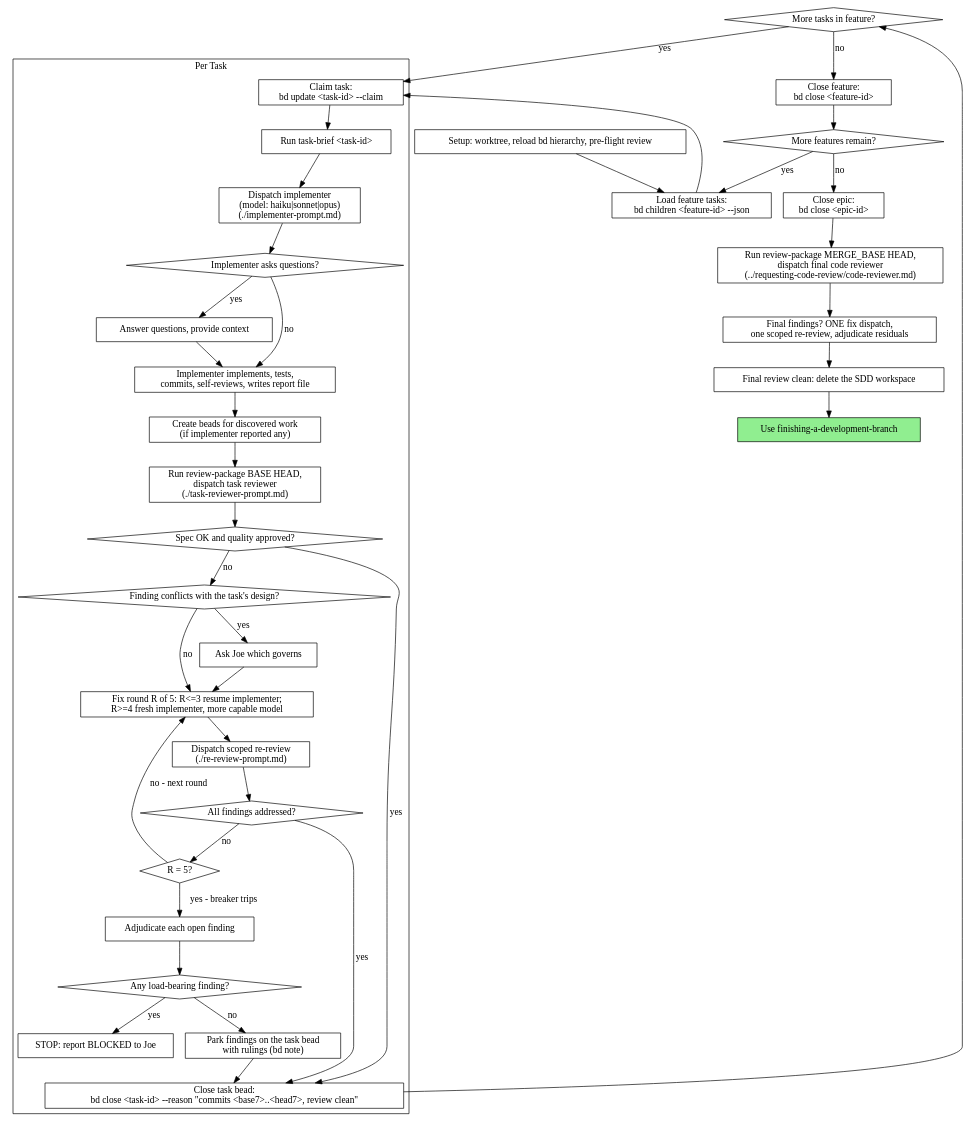
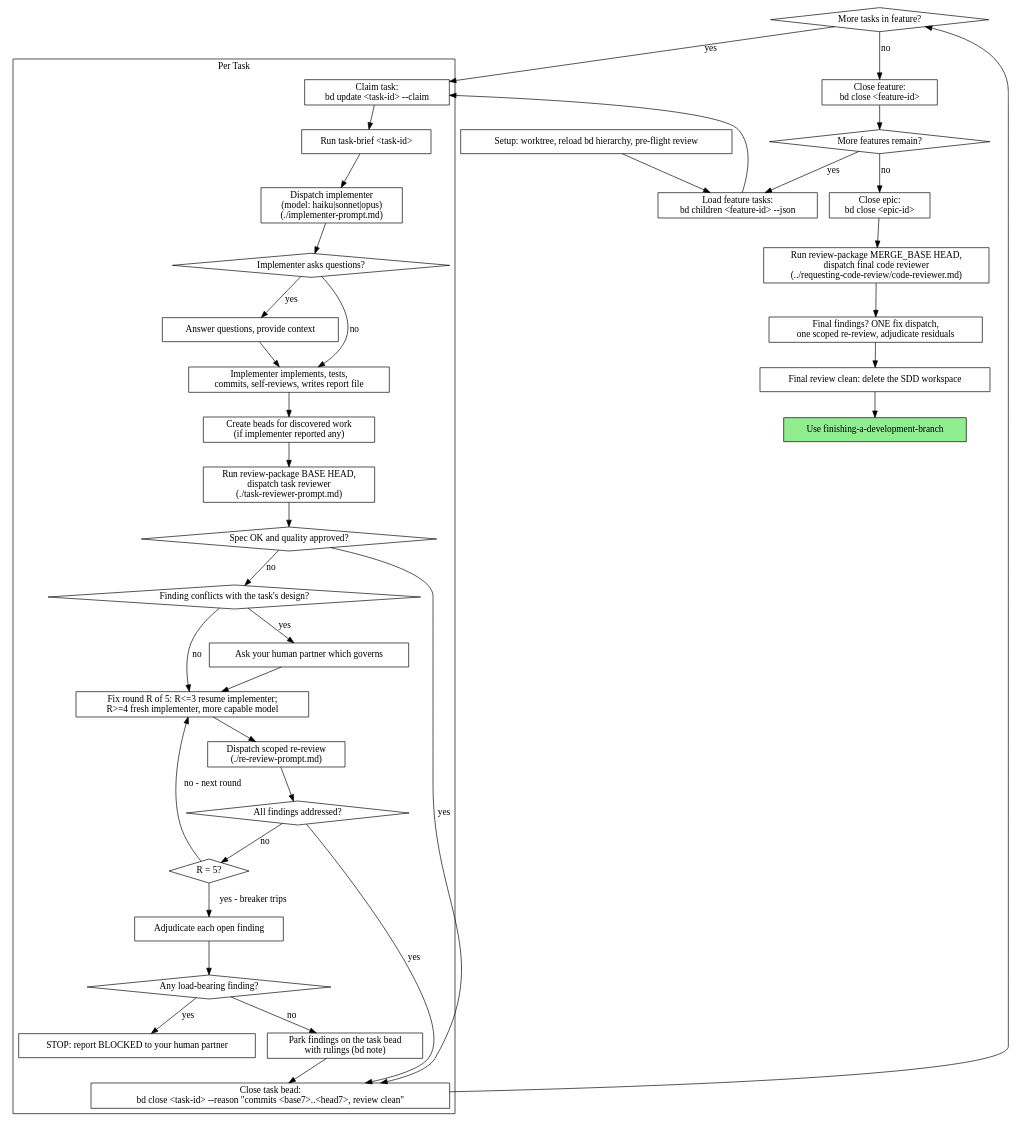
Before and after one commit to jwp23/joe-bag-of-tricks: the second of 2 diagrams in plugins/joe-bag-of-tricks/skills/subagent-driven-development/SKILL.md, drawn with Graphviz. The commit also changed other lines of this file and 5 other files, not shown here.

````diff
--- a/plugins/joe-bag-of-tricks/skills/subagent-driven-development/SKILL.md
+++ b/plugins/joe-bag-of-tricks/skills/subagent-driven-development/SKILL.md
@@ -46,77 +46,77 @@
 ```dot
 digraph process {
     rankdir=TB;
 
     subgraph cluster_per_task {
         label="Per Task";
         "Claim task:\nbd update <task-id> --claim" [shape=box];
         "Run task-brief <task-id>" [shape=box];
         "Dispatch implementer\n(model: haiku|sonnet|opus)\n(./implementer-prompt.md)" [shape=box];
         "Implementer asks questions?" [shape=diamond];
         "Answer questions, provide context" [shape=box];
         "Implementer implements, tests,\ncommits, self-reviews, writes report file" [shape=box];
         "Create beads for discovered work\n(if implementer reported any)" [shape=box];
         "Run review-package BASE HEAD,\ndispatch task reviewer\n(./task-reviewer-prompt.md)" [shape=box];
         "Spec OK and quality approved?" [shape=diamond];
         "Finding conflicts with the task's design?" [shape=diamond];
-        "Ask Joe which governs" [shape=box];
+        "Ask your human partner which governs" [shape=box];
         "Fix round R of 5: R<=3 resume implementer;\nR>=4 fresh implementer, more capable model" [shape=box];
         "Dispatch scoped re-review\n(./re-review-prompt.md)" [shape=box];
         "All findings addressed?" [shape=diamond];
         "R = 5?" [shape=diamond];
         "Adjudicate each open finding" [shape=box];
         "Any load-bearing finding?" [shape=diamond];
-        "STOP: report BLOCKED to Joe" [shape=box];
+        "STOP: report BLOCKED to your human partner" [shape=box];
         "Park findings on the task bead\nwith rulings (bd note)" [shape=box];
         "Close task bead:\nbd close <task-id> --reason \"commits <base7>..<head7>, review clean\"" [shape=box];
     }
 
     "Setup: worktree, reload bd hierarchy, pre-flight review" [shape=box];
     "Load feature tasks:\nbd children <feature-id> --json" [shape=box];
     "More tasks in feature?" [shape=diamond];
     "Close feature:\nbd close <feature-id>" [shape=box];
     "More features remain?" [shape=diamond];
     "Close epic:\nbd close <epic-id>" [shape=box];
     "Run review-package MERGE_BASE HEAD,\ndispatch final code reviewer\n(../requesting-code-review/code-reviewer.md)" [shape=box];
     "Final findings? ONE fix dispatch,\none scoped re-review, adjudicate residuals" [shape=box];
     "Final review clean: delete the SDD workspace" [shape=box];
     "Use finishing-a-development-branch" [shape=box style=filled fillcolor=lightgreen];
 
     "Setup: worktree, reload bd hierarchy, pre-flight review" -> "Load feature tasks:\nbd children <feature-id> --json";
     "Load feature tasks:\nbd children <feature-id> --json" -> "Claim task:\nbd update <task-id> --claim";
     "Claim task:\nbd update <task-id> --claim" -> "Run task-brief <task-id>";
     "Run task-brief <task-id>" -> "Dispatch implementer\n(model: haiku|sonnet|opus)\n(./implementer-prompt.md)";
     "Dispatch implementer\n(model: haiku|sonnet|opus)\n(./implementer-prompt.md)" -> "Implementer asks questions?";
     "Implementer asks questions?" -> "Answer questions, provide context" [label="yes"];
     "Answer questions, provide context" -> "Implementer implements, tests,\ncommits, self-reviews, writes report file";
     "Implementer asks questions?" -> "Implementer implements, tests,\ncommits, self-reviews, writes report file" [label="no"];
     "Implementer implements, tests,\ncommits, self-reviews, writes report file" -> "Create beads for discovered work\n(if implementer reported any)";
     "Create beads for discovered work\n(if implementer reported any)" -> "Run review-package BASE HEAD,\ndispatch task reviewer\n(./task-reviewer-prompt.md)";
     "Run review-package BASE HEAD,\ndispatch task reviewer\n(./task-reviewer-prompt.md)" -> "Spec OK and quality approved?";
     "Spec OK and quality approved?" -> "Close task bead:\nbd close <task-id> --reason \"commits <base7>..<head7>, review clean\"" [label="yes"];
     "Spec OK and quality approved?" -> "Finding conflicts with the task's design?" [label="no"];
-    "Finding conflicts with the task's design?" -> "Ask Joe which governs" [label="yes"];
-    "Ask Joe which governs" -> "Fix round R of 5: R<=3 resume implementer;\nR>=4 fresh implementer, more capable model";
+    "Finding conflicts with the task's design?" -> "Ask your human partner which governs" [label="yes"];
+    "Ask your human partner which governs" -> "Fix round R of 5: R<=3 resume implementer;\nR>=4 fresh implementer, more capable model";
     "Finding conflicts with the task's design?" -> "Fix round R of 5: R<=3 resume implementer;\nR>=4 fresh implementer, more capable model" [label="no"];
     "Fix round R of 5: R<=3 resume implementer;\nR>=4 fresh implementer, more capable model" -> "Dispatch scoped re-review\n(./re-review-prompt.md)";
     "Dispatch scoped re-review\n(./re-review-prompt.md)" -> "All findings addressed?";
     "All findings addressed?" -> "Close task bead:\nbd close <task-id> --reason \"commits <base7>..<head7>, review clean\"" [label="yes"];
     "All findings addressed?" -> "R = 5?" [label="no"];
     "R = 5?" -> "Fix round R of 5: R<=3 resume implementer;\nR>=4 fresh implementer, more capable model" [label="no - next round"];
     "R = 5?" -> "Adjudicate each open finding" [label="yes - breaker trips"];
     "Adjudicate each open finding" -> "Any load-bearing finding?";
-    "Any load-bearing finding?" -> "STOP: report BLOCKED to Joe" [label="yes"];
+    "Any load-bearing finding?" -> "STOP: report BLOCKED to your human partner" [label="yes"];
     "Any load-bearing finding?" -> "Park findings on the task bead\nwith rulings (bd note)" [label="no"];
     "Park findings on the task bead\nwith rulings (bd note)" -> "Close task bead:\nbd close <task-id> --reason \"commits <base7>..<head7>, review clean\"";
     "Close task bead:\nbd close <task-id> --reason \"commits <base7>..<head7>, review clean\"" -> "More tasks in feature?";
     "More tasks in feature?" -> "Claim task:\nbd update <task-id> --claim" [label="yes"];
     "More tasks in feature?" -> "Close feature:\nbd close <feature-id>" [label="no"];
     "Close feature:\nbd close <feature-id>" -> "More features remain?";
     "More features remain?" -> "Load feature tasks:\nbd children <feature-id> --json" [label="yes"];
     "More features remain?" -> "Close epic:\nbd close <epic-id>" [label="no"];
     "Close epic:\nbd close <epic-id>" -> "Run review-package MERGE_BASE HEAD,\ndispatch final code reviewer\n(../requesting-code-review/code-reviewer.md)";
     "Run review-package MERGE_BASE HEAD,\ndispatch final code reviewer\n(../requesting-code-review/code-reviewer.md)" -> "Final findings? ONE fix dispatch,\none scoped re-review, adjudicate residuals";
     "Final findings? ONE fix dispatch,\none scoped re-review, adjudicate residuals" -> "Final review clean: delete the SDD workspace";
     "Final review clean: delete the SDD workspace" -> "Use finishing-a-development-branch";
 }
 ```
````
